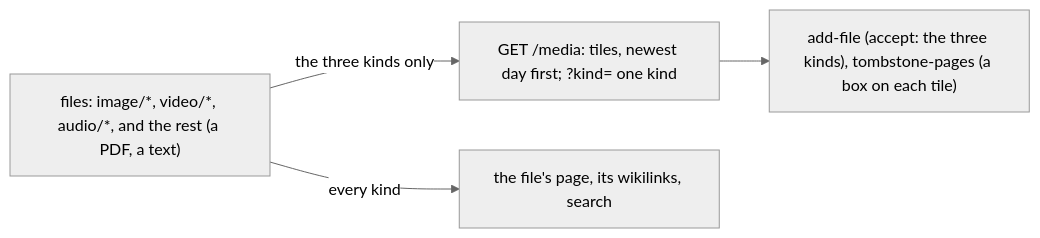
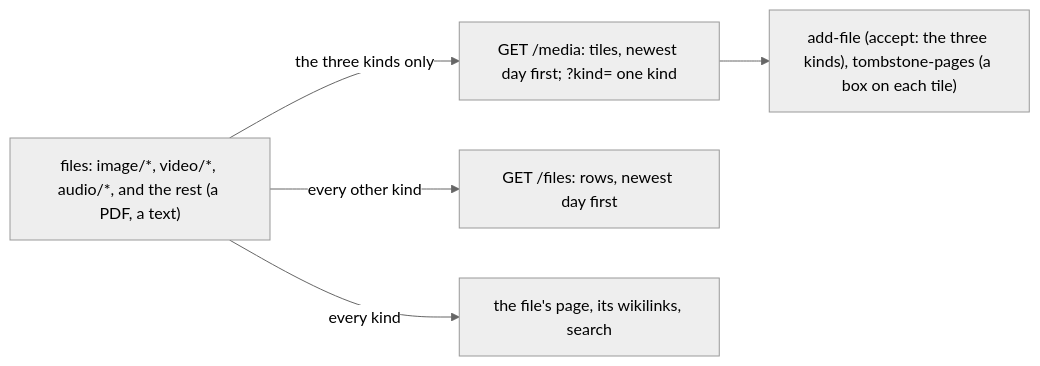
One commit to alexradunet/lifelogdb changed the diagram in docs/plans/110-the-media-list.md. Above: the diagram before and after it, drawn with Mermaid (neutral theme). The commit also changed other lines of this file and 14 other files, not shown here.

````diff
--- a/docs/plans/110-the-media-list.md
+++ b/docs/plans/110-the-media-list.md
@@ -20,6 +21,7 @@
 ```mermaid
 flowchart LR
   F["files: image/*, video/*, audio/*, and the rest (a PDF, a text)"] -->|"the three kinds only"| M["GET /media: tiles, newest day first; ?kind= one kind"]
+  F -->|"every other kind"| O["GET /files: rows, newest day first"]
   F -->|"every kind"| P["the file's page, its wikilinks, search"]
   M --> A["add-file (accept: the three kinds), tombstone-pages (a box on each tile)"]
 ```
````
